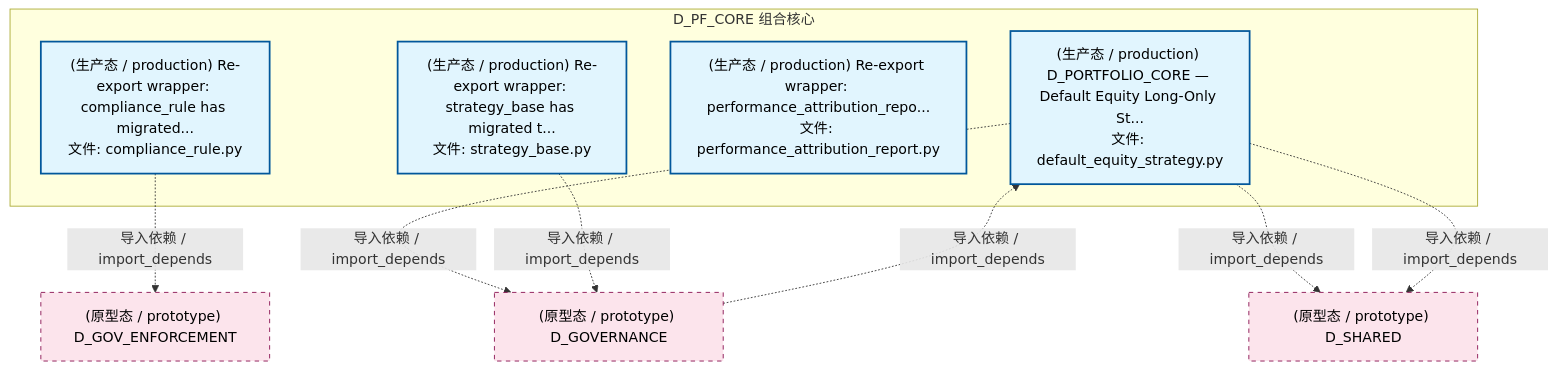
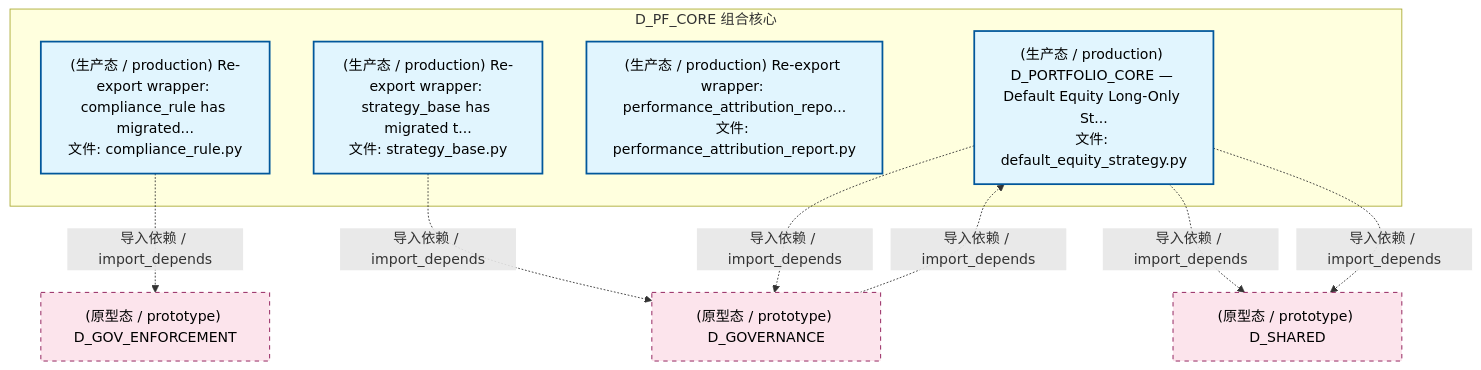
One commit to xuanFelixVan/ZephyrAlpha changed the second of 4 diagrams in docs/02_enterprise_architecture/02_domain_architecture_docs/44_d_pf_core.md. Above: the diagram before and after it, drawn with Mermaid. The commit also changed other lines of this file and 100 other files, not shown here.

````diff
--- a/docs/02_enterprise_architecture/02_domain_architecture_docs/44_d_pf_core.md
+++ b/docs/02_enterprise_architecture/02_domain_architecture_docs/44_d_pf_core.md
@@ -121,24 +121,24 @@
 ```mermaid
 graph TD
     subgraph D_PF_CORE["D_PF_CORE 组合核心"]
         src_zephyr_pf_core_compliance_rule_py["(生产态 / production) Re-export wrapper: compliance_rule has migrated...<br/>文件: compliance_rule.py"]
         src_zephyr_pf_core_default_equity_strategy_py["(生产态 / production) D_PORTFOLIO_CORE — Default Equity Long-Only St...<br/>文件: default_equity_strategy.py"]
         src_zephyr_pf_core_performance_attribution_report_py["(生产态 / production) Re-export wrapper: performance_attribution_repo...<br/>文件: performance_attribution_report.py"]
         src_zephyr_pf_core_strategy_base_py["(生产态 / production) Re-export wrapper: strategy_base has migrated t...<br/>文件: strategy_base.py"]
     end
+    D_GOV_ENFORCEMENT["(原型态 / prototype) D_GOV_ENFORCEMENT"]
+    src_zephyr_pf_core_compliance_rule_py -.->|导入依赖 / import_depends| D_GOV_ENFORCEMENT
     D_GOVERNANCE["(原型态 / prototype) D_GOVERNANCE"]
+    src_zephyr_pf_core_strategy_base_py -.->|导入依赖 / import_depends| D_GOVERNANCE
     src_zephyr_pf_core_default_equity_strategy_py -.->|导入依赖 / import_depends| D_GOVERNANCE
     D_SHARED["(原型态 / prototype) D_SHARED"]
     src_zephyr_pf_core_default_equity_strategy_py -.->|导入依赖 / import_depends| D_SHARED
     src_zephyr_pf_core_default_equity_strategy_py -.->|导入依赖 / import_depends| D_SHARED
-    D_GOV_ENFORCEMENT["(原型态 / prototype) D_GOV_ENFORCEMENT"]
-    src_zephyr_pf_core_compliance_rule_py -.->|导入依赖 / import_depends| D_GOV_ENFORCEMENT
-    src_zephyr_pf_core_strategy_base_py -.->|导入依赖 / import_depends| D_GOVERNANCE
     D_GOVERNANCE -.->|导入依赖 / import_depends| src_zephyr_pf_core_default_equity_strategy_py
     classDef production fill:#e1f5fe,stroke:#01579b,stroke-width:2px,color:#000
     classDef design fill:#fff3e0,stroke:#e65100,stroke-width:2px,color:#000,stroke-dasharray: 5 5
     classDef external_prod fill:#e8f5e9,stroke:#1b5e20,stroke-width:1px,color:#000
     classDef external_design fill:#fce4ec,stroke:#880e4f,stroke-width:1px,color:#000,stroke-dasharray: 5 5
     class src_zephyr_pf_core_compliance_rule_py,src_zephyr_pf_core_default_equity_strategy_py,src_zephyr_pf_core_performance_attribution_report_py,src_zephyr_pf_core_strategy_base_py production
-    class D_GOVERNANCE,D_SHARED,D_GOV_ENFORCEMENT external_design
+    class D_GOV_ENFORCEMENT,D_GOVERNANCE,D_SHARED external_design
 ```
````
